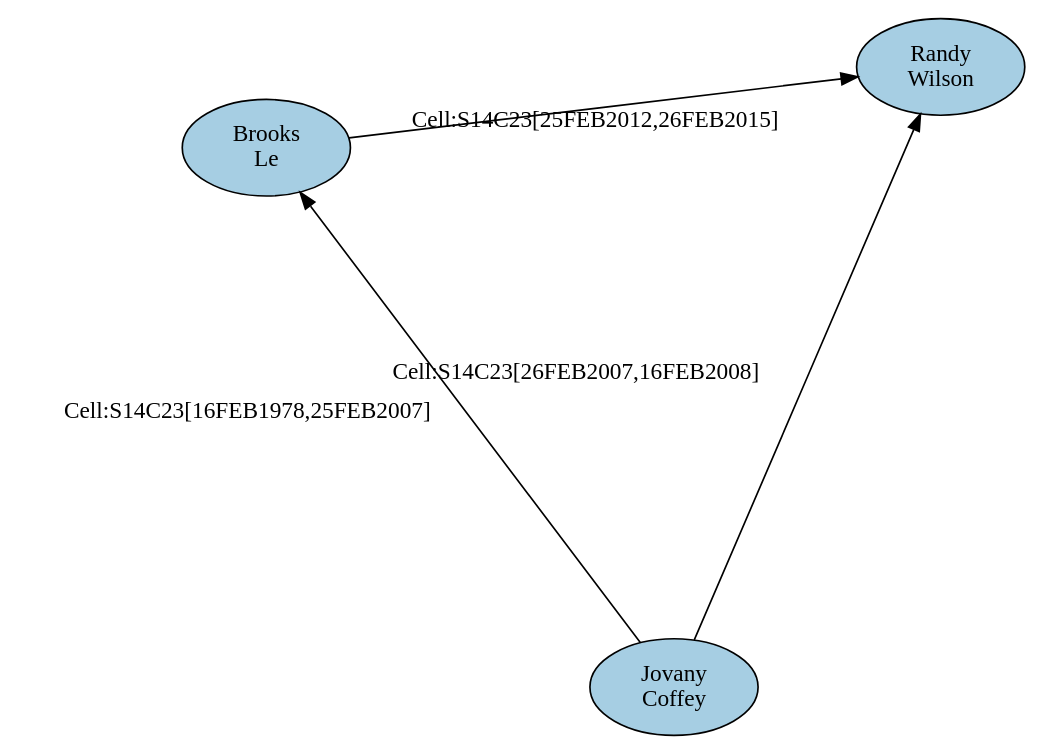
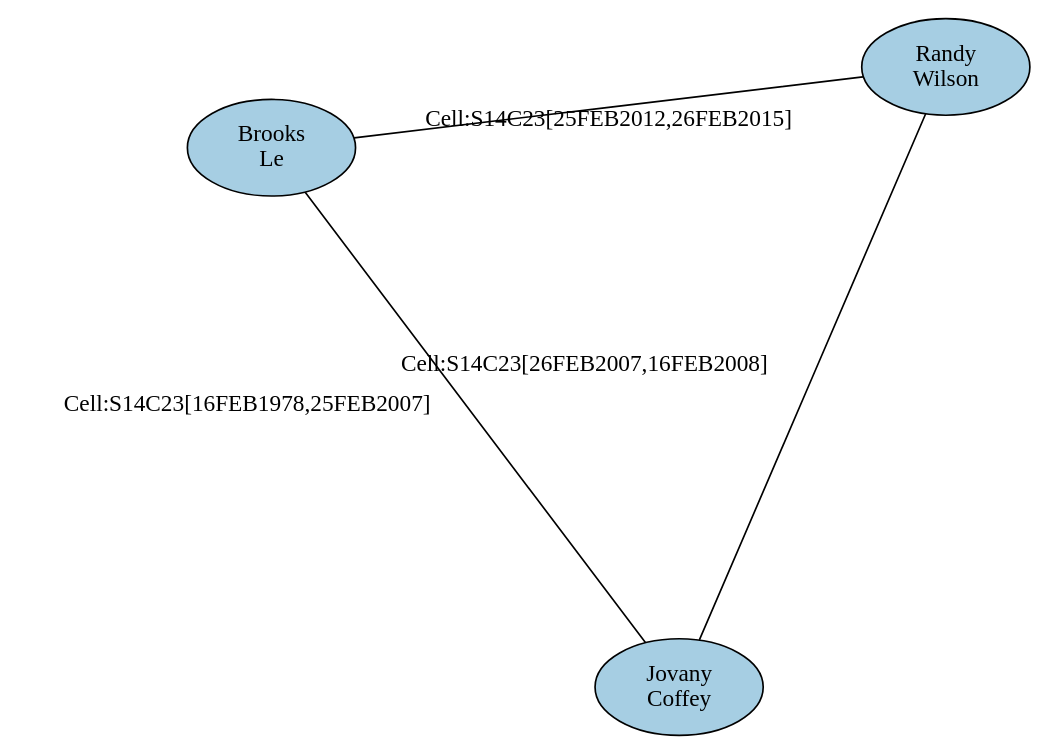
One commit to dtherrick/network-analysis changed the diagram in applications/social/inmate-network/dot/query_4_match_2.dot. Above: the diagram before and after it, drawn with Graphviz. The commit also changed 14 other files, not shown here.

```diff
--- a/applications/social/inmate-network/dot/query_4_match_2.dot
+++ b/applications/social/inmate-network/dot/query_4_match_2.dot
@@ -1,13 +1,13 @@
-digraph G {
+graph G {
 layout=sfdp
 node[colorscheme=paired8, style=filled, color=black, fixedSize=true, width=1.4, height=.8]
 "I36786"[fillcolor= "1",label= "Randy
 Wilson"]
 "I06219"[fillcolor= "1",label= "Brooks
 Le"]
 "I05722"[fillcolor= "1",label= "Jovany
 Coffey"]
-"I05722" -> "I06219"[label= "Cell:S14C23[16FEB1978,25FEB2007]"]
-"I05722" -> "I36786"[label= "Cell:S14C23[26FEB2007,16FEB2008]"]
-"I06219" -> "I36786"[label= "Cell:S14C23[25FEB2012,26FEB2015]"]
+"I05722" -- "I06219"[label= "Cell:S14C23[16FEB1978,25FEB2007]"]
+"I05722" -- "I36786"[label= "Cell:S14C23[26FEB2007,16FEB2008]"]
+"I06219" -- "I36786"[label= "Cell:S14C23[25FEB2012,26FEB2015]"]
 }
```
